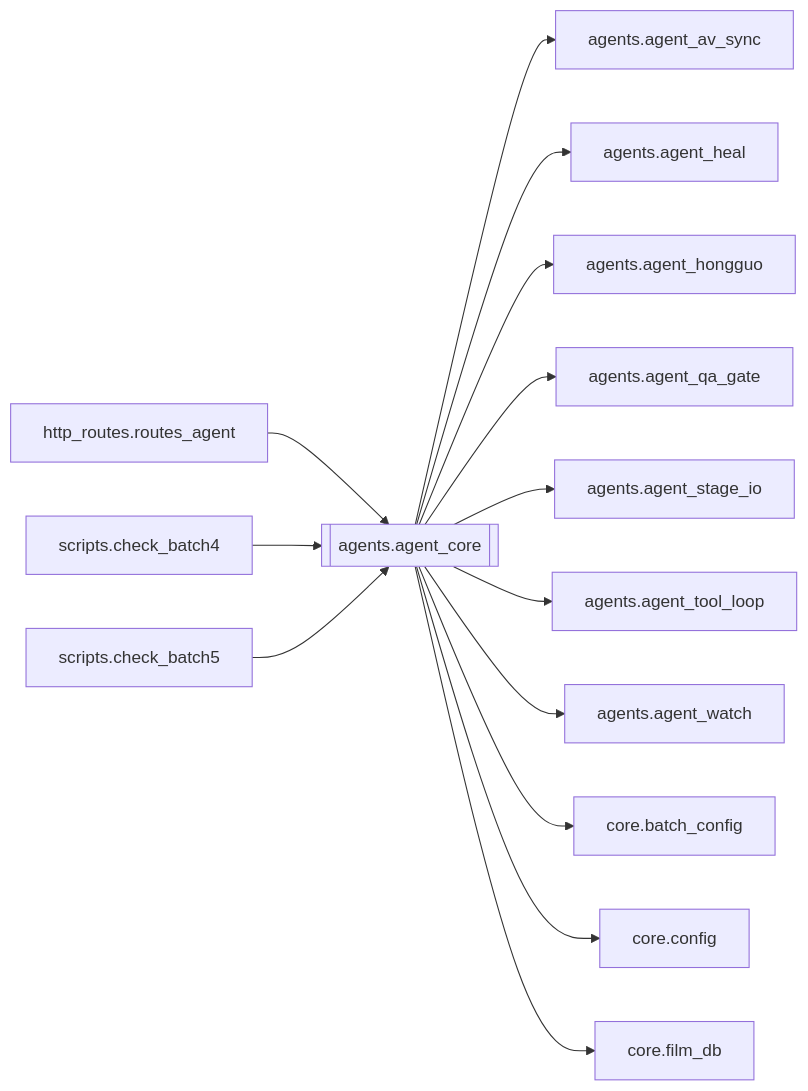
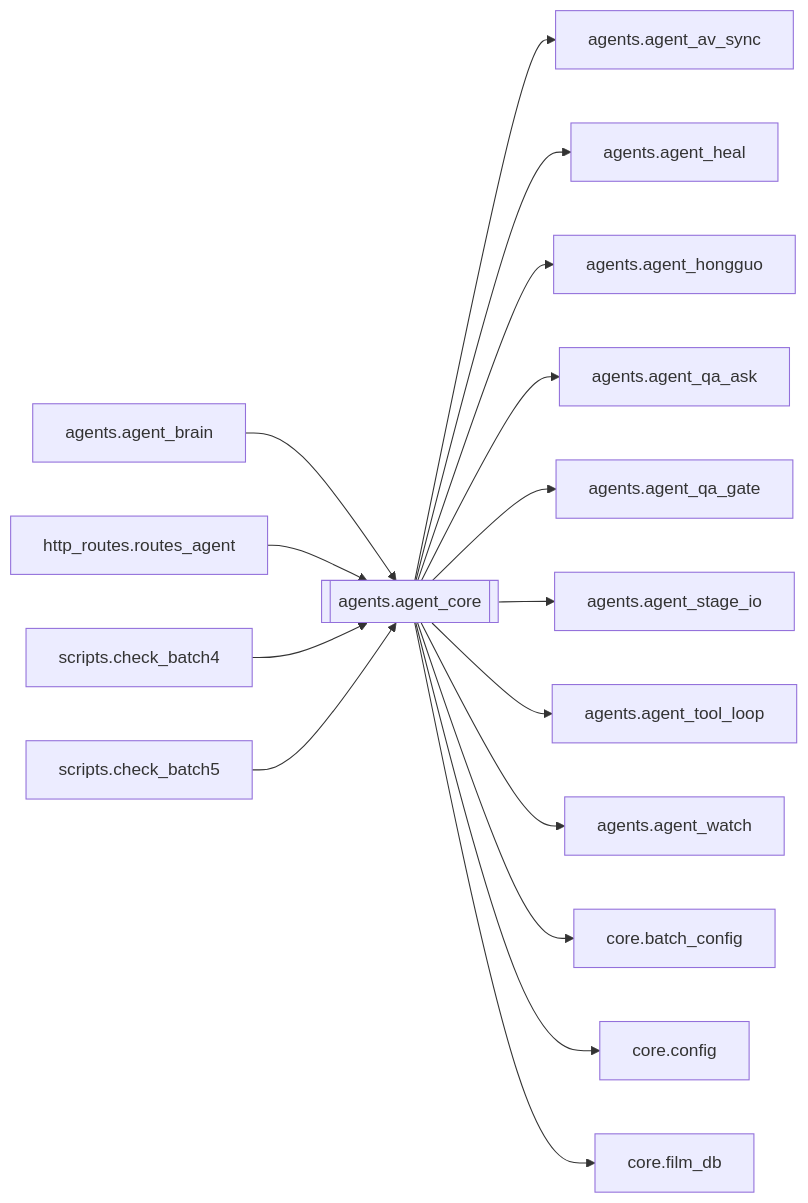
The diagram in docs/brain/modules/agents.agent_core.md (kjza178/PinelineV5), drawn with Mermaid before and after one commit. The commit also changed other lines of this file and 227 other files, not shown here.

````diff
--- a/docs/brain/modules/agents.agent_core.md
+++ b/docs/brain/modules/agents.agent_core.md
@@ -18,17 +18,19 @@
 ```mermaid
 flowchart LR
   agents_agent_core[[agents.agent_core]]
+  agents_agent_brain[agents.agent_brain] --> agents_agent_core
   http_routes_routes_agent[http_routes.routes_agent] --> agents_agent_core
   scripts_check_batch4[scripts.check_batch4] --> agents_agent_core
   scripts_check_batch5[scripts.check_batch5] --> agents_agent_core
   agents_agent_core --> agents_agent_av_sync[agents.agent_av_sync]
   agents_agent_core --> agents_agent_heal[agents.agent_heal]
   agents_agent_core --> agents_agent_hongguo[agents.agent_hongguo]
+  agents_agent_core --> agents_agent_qa_ask[agents.agent_qa_ask]
   agents_agent_core --> agents_agent_qa_gate[agents.agent_qa_gate]
   agents_agent_core --> agents_agent_stage_io[agents.agent_stage_io]
   agents_agent_core --> agents_agent_tool_loop[agents.agent_tool_loop]
   agents_agent_core --> agents_agent_watch[agents.agent_watch]
   agents_agent_core --> core_batch_config[core.batch_config]
   agents_agent_core --> core_config[core.config]
   agents_agent_core --> core_film_db[core.film_db]
 ```
````
